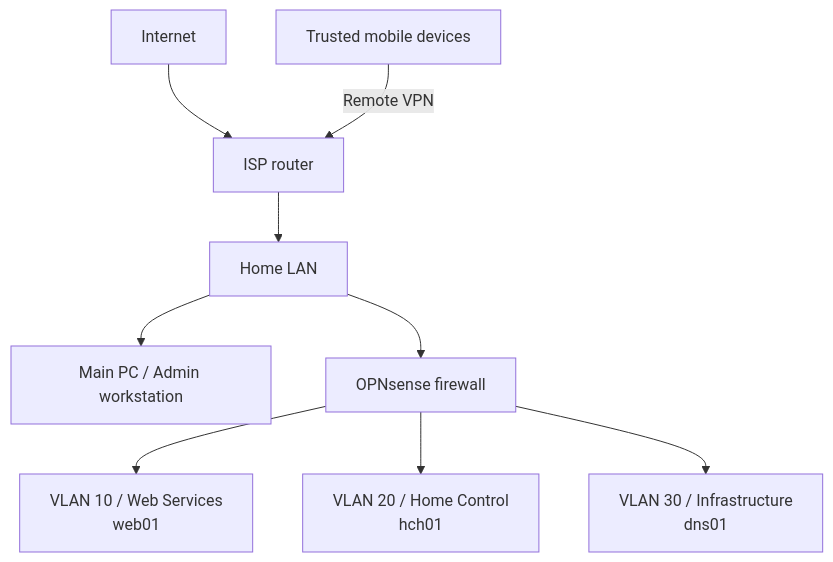
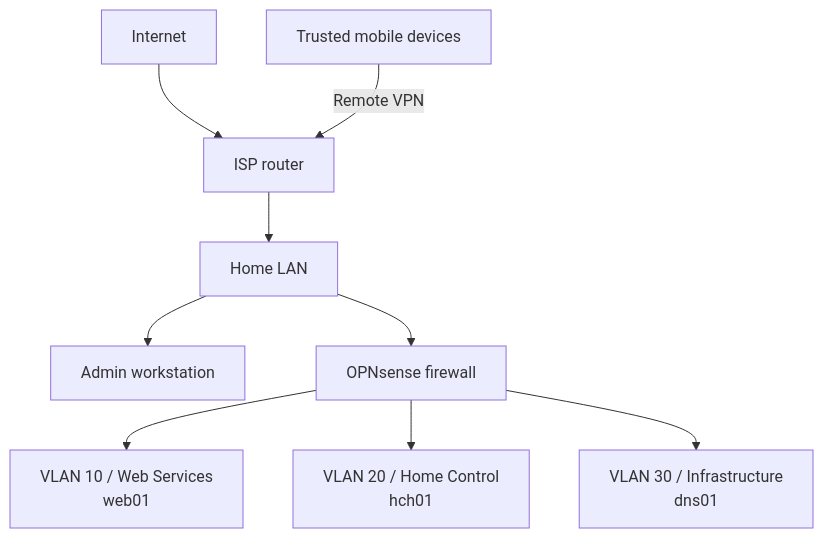
Before and after one commit to repo-sudo/infrastructure-portfolio: the first of 2 diagrams in docs/network-topology.md, drawn with Mermaid. The commit also changed other lines of this file and 1 other file, not shown here.

Commit message:
Refine admin workstation label in topology

````diff
--- a/docs/network-topology.md
+++ b/docs/network-topology.md
@@ -7,11 +7,11 @@
 ```mermaid
 flowchart TB
     internet["Internet"] --> router["ISP router"]
     mobile["Trusted mobile devices"] -->|Remote VPN| router
     router --> home["Home LAN"]
-    home --> admin["Main PC / Admin workstation"]
+    home --> admin["Admin workstation"]
     home --> firewall["OPNsense firewall"]
     firewall --> web["VLAN 10 / Web Services<br/>web01"]
     firewall --> control["VLAN 20 / Home Control<br/>hch01"]
     firewall --> infra["VLAN 30 / Infrastructure<br/>dns01"]
 ```
````
